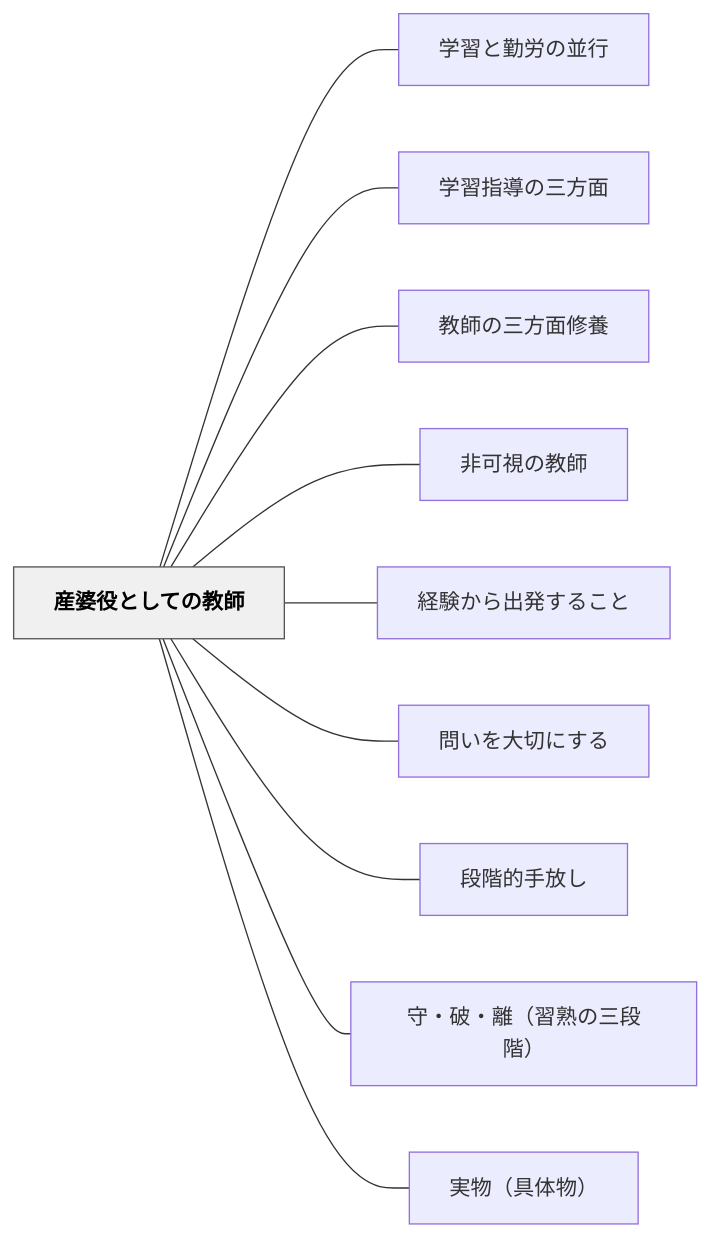
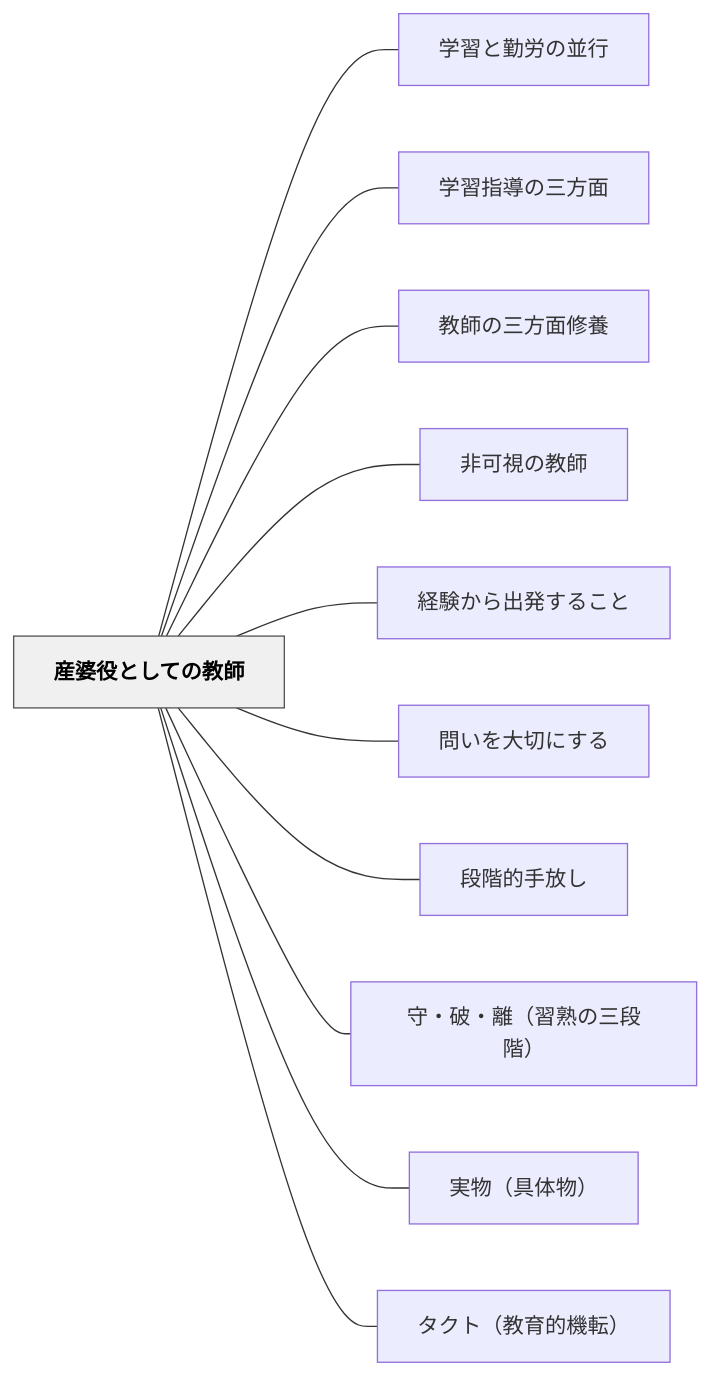
The diagram in content/パタン/産婆役としての教師.md (unknownthings-ed-patterns/unknownthings-ed-patterns), drawn with Mermaid before and after one commit. The commit also changed other lines of this file and 12 other files, not shown here.

````diff
--- a/content/パタン/産婆役としての教師.md
+++ b/content/パタン/産婆役としての教師.md
@@ -128,26 +129,28 @@
 ```mermaid
 flowchart LR
     ne794a3e5a986e5bdb9e381a8e38197e381a6e381aee69599e5b8ab["産婆役としての教師"]
     ne5ada6e7bf92e381a8e58ba4e58ab4e381aee4b8a6e8a18c["学習と勤労の並行"]
     ne5ada6e7bf92e68c87e5b08ee381aee4b889e696b9e99da2["学習指導の三方面"]
     ne69599e5b8abe381aee4b889e696b9e99da2e4bfaee9a48a["教師の三方面修養"]
     ne99d9ee58fafe8a696e381aee69599e5b8ab["非可視の教師"]
     ne7b58ce9a893e3818be38289e587bae799bae38199e3828be38193e381a8["経験から出発すること"]
     ne5958fe38184e38292e5a4a7e58887e381abe38199e3828b["問いを大切にする"]
     ne6aeb5e99a8ee79a84e6898be694bee38197["段階的手放し"]
     ne5ae88e383bbe7a0b4e383bbe99ba2efbc88e7bf92e7869fe381aee4b889e6aeb5e99a8eefbc89["守・破・離（習熟の三段階）"]
     ne5ae9fe789a9efbc88e585b7e4bd93e789a9efbc89["実物（具体物）"]
+    ne382bfe382afe38388efbc88e69599e882b2e79a84e6a99fe8bba2efbc89["タクト（教育的機転）"]
 
     ne794a3e5a986e5bdb9e381a8e38197e381a6e381aee69599e5b8ab --- ne5ada6e7bf92e381a8e58ba4e58ab4e381aee4b8a6e8a18c
     ne794a3e5a986e5bdb9e381a8e38197e381a6e381aee69599e5b8ab --- ne5ada6e7bf92e68c87e5b08ee381aee4b889e696b9e99da2
     ne794a3e5a986e5bdb9e381a8e38197e381a6e381aee69599e5b8ab --- ne69599e5b8abe381aee4b889e696b9e99da2e4bfaee9a48a
     ne794a3e5a986e5bdb9e381a8e38197e381a6e381aee69599e5b8ab --- ne99d9ee58fafe8a696e381aee69599e5b8ab
     ne794a3e5a986e5bdb9e381a8e38197e381a6e381aee69599e5b8ab --- ne7b58ce9a893e3818be38289e587bae799bae38199e3828be38193e381a8
     ne794a3e5a986e5bdb9e381a8e38197e381a6e381aee69599e5b8ab --- ne5958fe38184e38292e5a4a7e58887e381abe38199e3828b
     ne794a3e5a986e5bdb9e381a8e38197e381a6e381aee69599e5b8ab --- ne6aeb5e99a8ee79a84e6898be694bee38197
     ne794a3e5a986e5bdb9e381a8e38197e381a6e381aee69599e5b8ab --- ne5ae88e383bbe7a0b4e383bbe99ba2efbc88e7bf92e7869fe381aee4b889e6aeb5e99a8eefbc89
     ne794a3e5a986e5bdb9e381a8e38197e381a6e381aee69599e5b8ab --- ne5ae9fe789a9efbc88e585b7e4bd93e789a9efbc89
+    ne794a3e5a986e5bdb9e381a8e38197e381a6e381aee69599e5b8ab --- ne382bfe382afe38388efbc88e69599e882b2e79a84e6a99fe8bba2efbc89
 
     classDef hub fill:#f0f0f0,stroke:#555,color:#000,font-weight:bold
     class ne794a3e5a986e5bdb9e381a8e38197e381a6e381aee69599e5b8ab hub
 ```
````
